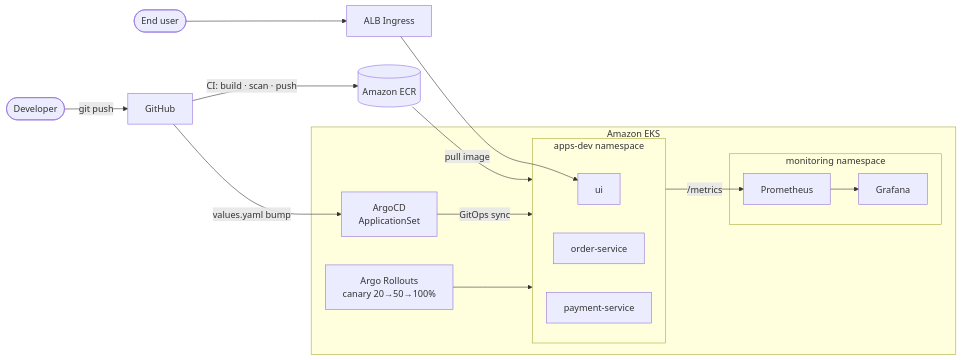
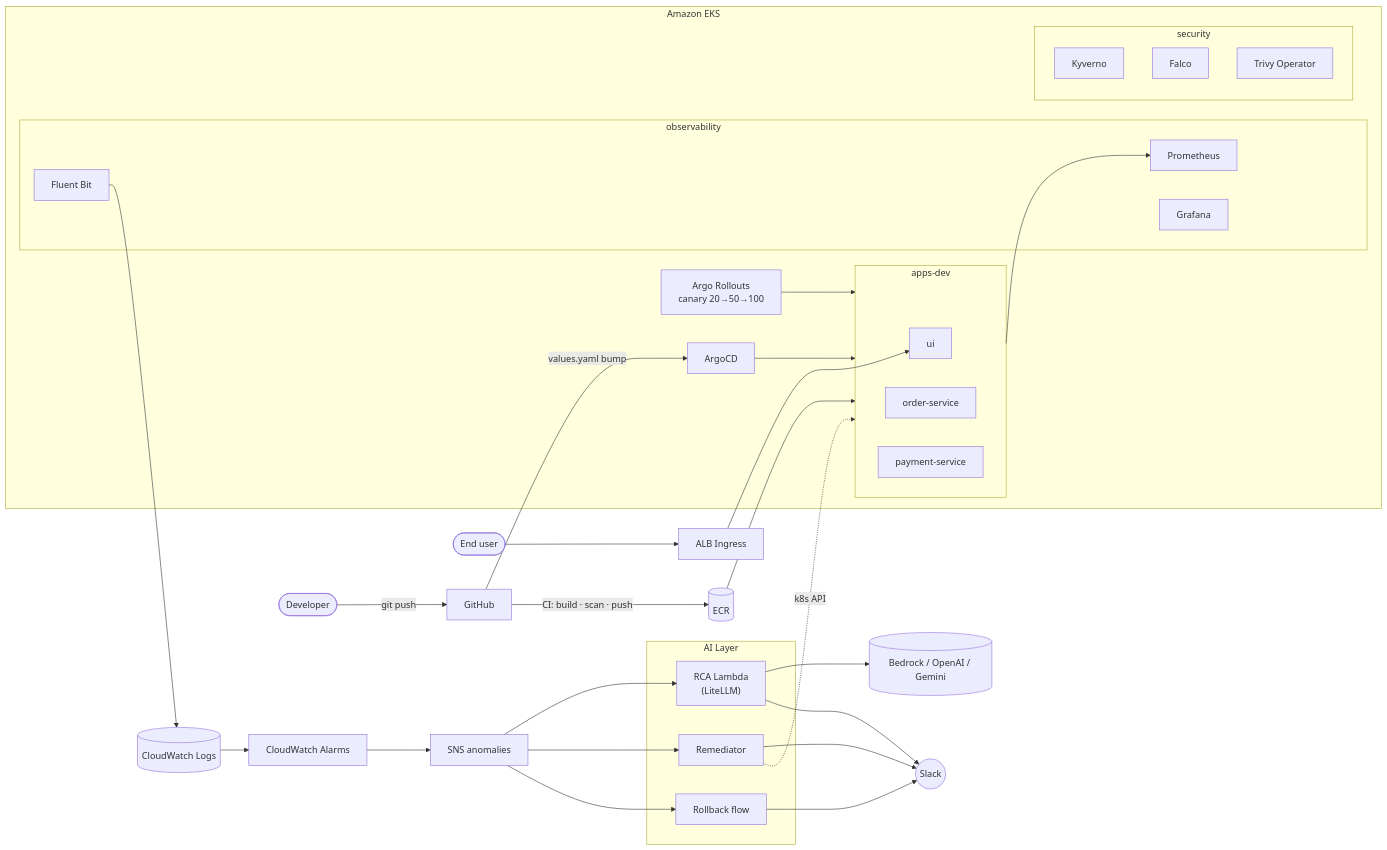
One commit to mrsrujan/IntelliOps changed the diagram in README.md. Above: the diagram before and after it, drawn with Mermaid. The commit also changed other lines of this file and 2 other files, not shown here.

````diff
--- a/README.md
+++ b/README.md
@@ -11,28 +12,51 @@
 ```mermaid
 flowchart LR
     DEV(["Developer"]) -->|git push| GH[GitHub]
-    GH -->|CI: build · scan · push| ECR[(Amazon ECR)]
+    GH -->|CI: build · scan · push| ECR[(ECR)]
     GH -->|values.yaml bump| ARGO
+    USER(["End user"]) --> ALB[ALB Ingress]
 
     subgraph EKS ["Amazon EKS"]
-        ARGO["ArgoCD<br/>ApplicationSet"]
-        ROLLOUTS["Argo Rollouts<br/>canary 20→50→100%"]
-        subgraph APPS ["apps-dev namespace"]
+        ARGO["ArgoCD"]
+        ROLL["Argo Rollouts\ncanary 20→50→100"]
+        subgraph APPS ["apps-dev"]
             UI[ui]
-            ORDER[order-service]
+            ORD[order-service]
             PAY[payment-service]
         end
-        subgraph MON ["monitoring namespace"]
+        subgraph OBS ["observability"]
             PROM[Prometheus]
             GRAF[Grafana]
+            FB[Fluent Bit]
+        end
+        subgraph SEC ["security"]
+            KYV[Kyverno]
+            FALCO[Falco]
+            TRIVY[Trivy Operator]
         end
     end
 
-    ECR -->|pull image| APPS
-    ARGO -->|GitOps sync| APPS
-    ROLLOUTS --> APPS
-    APPS -->|/metrics| PROM
-    PROM --> GRAF
-    ALB[ALB Ingress] --> UI
-    USER([End user]) --> ALB
+    ECR --> APPS
+    ARGO --> APPS
+    ROLL --> APPS
+    ALB --> UI
+    FB --> CW[(CloudWatch Logs)]
+    APPS --> PROM
+    CW --> ALARMS[CloudWatch Alarms]
+    ALARMS --> SNS[SNS anomalies]
+
+    subgraph AI ["AI Layer"]
+        RCA["RCA Lambda<br/>(LiteLLM)"]
+        REM["Remediator"]
+        RBK["Rollback flow"]
+    end
+
+    SNS --> RCA
+    SNS --> REM
+    SNS --> RBK
+    RCA --> BR[(Bedrock / OpenAI / Gemini)]
+    RCA --> SLACK((Slack))
+    REM -.->|k8s API| APPS
+    REM --> SLACK
+    RBK --> SLACK
 ```
````
